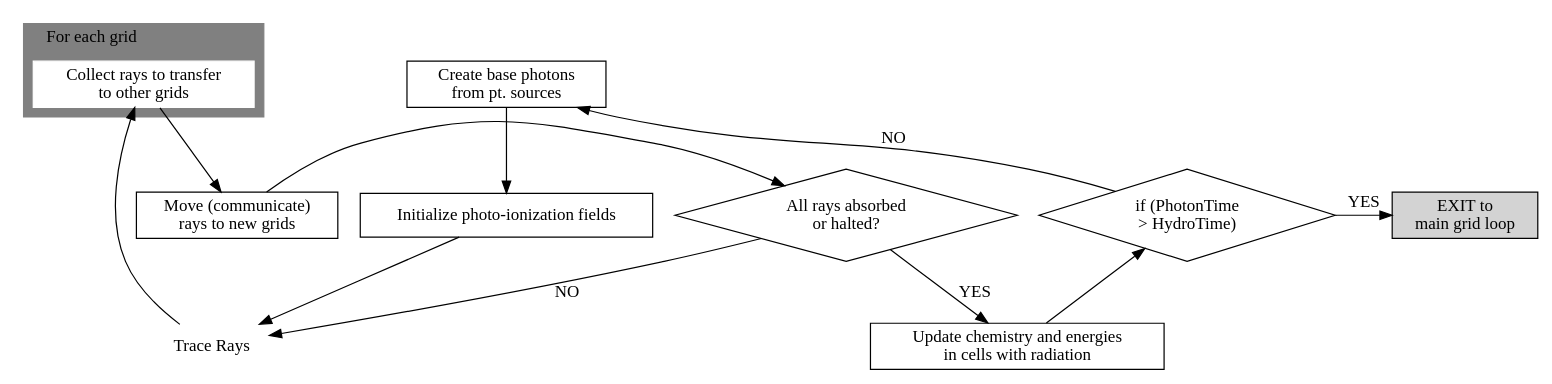
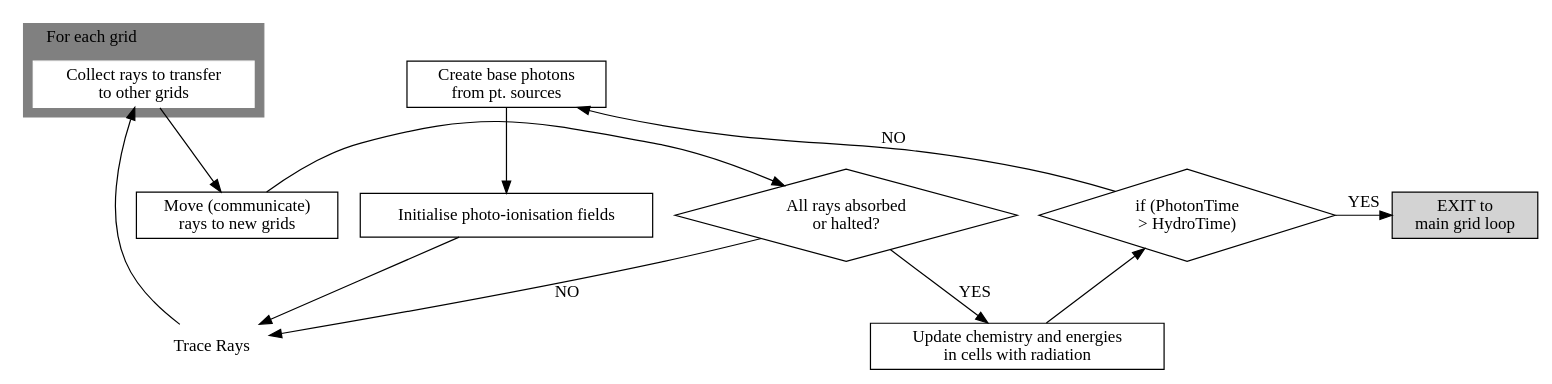
The diagram in fig/RTcoupling.dot (jwise77/moray), drawn with Graphviz before and after one commit. The commit also changed 4 other files, not shown here.

Commit message:
Changed to British spelling in flow-charts.

```diff
--- a/fig/RTcoupling.dot
+++ b/fig/RTcoupling.dot
@@ -1,53 +1,53 @@
 digraph coupling {
   //compound=true;
   splines=true;
   //font=Helvetica;
   //graph [ labelloc=t, label = "Repeat until (PhotonTime > HydroTime)\n\n" ];
   //rankdir=BT;
   //ordering=out;
   //node [shape=box];
 
   Shine [shape=box, label="Create base photons\nfrom pt. sources"];
-  Initialize [shape=box, label="Initialize photo-ionization fields"];
+  Initialise [shape=box, label="Initialise photo-ionisation fields"];
 //  Trace [shape=box, label="Trace Rays"];
 //  MoveList [shape=box, label="Collect rays to transfer\nto other grids"];
   Trace [shape=box, color=white, style=filled, label="Trace Rays"];
   MoveList [shape=box, color=white, style=filled, label="Collect rays to transfer\nto other grids"];
   MoveRays [shape=box, label="Move (communicate)\nrays to new grids"];
   FinishedRays [shape=diamond, label="All rays absorbed\nor halted?"];
   ChemEnergy [shape=box, label="Update chemistry and energies\nin cells with radiation"]
   Finished [shape=diamond, label="if (PhotonTime\n > HydroTime)"];
   Exit [shape=box, style=filled, label="EXIT to\nmain grid loop"];
   
   Invis0 [label="", style=invisible, size="0.1,0.1"]
 //  Invis1 [size="0,0", style=invisible]
 //  Invis2 [size="0,0", style=invisible]
 
 
   subgraph cluster0 {
     color = grey;
     style = filled;
     labeljust = "l";
     label="For each grid";
     Trace -> MoveList;
   }
 
-//  Shine -> Initialize;
-//  Initialize -> Trace;
-  Shine -> Initialize -> Trace;
+//  Shine -> Initialise;
+//  Initialise -> Trace;
+  Shine -> Initialise -> Trace;
   MoveList -> MoveRays -> FinishedRays;
   FinishedRays -> ChemEnergy [label="YES"];
   ChemEnergy -> Finished;
   Finished -> Exit [label="YES"];
   FinishedRays -> Trace [weight=0,label="NO"];
   Finished -> Shine [weight=0,label="NO"];
 
   { rank=min; Shine }
   { rank=same; FinishedRays; MoveRays; }
   { rank=same; ChemEnergy; Trace; }
-  { rank=same; Finished; Initialize; Exit; }
+  { rank=same; Finished; Initialise; Exit; }
 //  { rank=same; MoveRays; Finished }
 //  { rank=same; MoveRays; FinishedRays; }
 
 
 }
```
